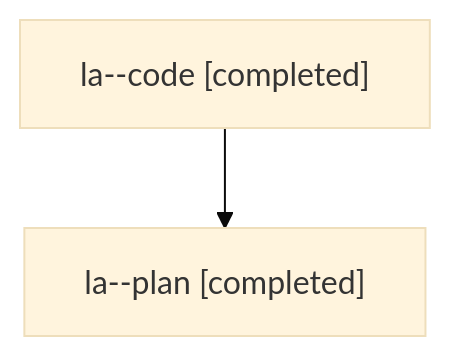
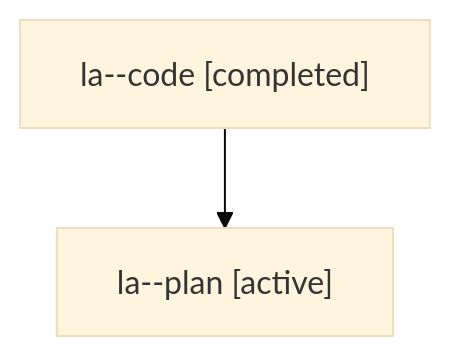
One commit to sase-org/sase--agents changed the diagram in families/bbugyi200.athena.la.md. Above: the diagram before and after it, drawn with Mermaid (base theme). The commit also changed other lines of this file and 8679 other files, not shown here.

````diff
--- a/families/bbugyi200.athena.la.md
+++ b/families/bbugyi200.athena.la.md
@@ -9,6 +9,6 @@
 ```mermaid
 flowchart TD
   n0["la--code [completed]"]
-  n1["la--plan [completed]"]
+  n1["la--plan [active]"]
   n0 --> n1
 ```
````
